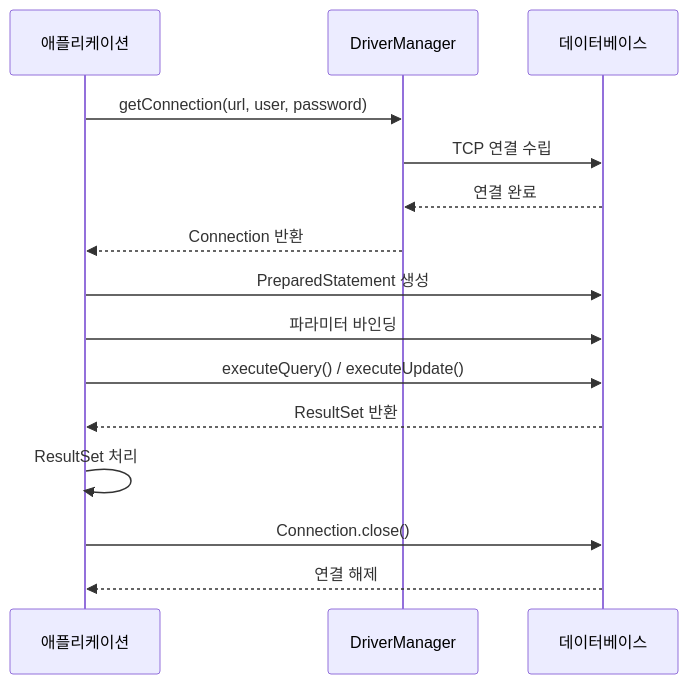
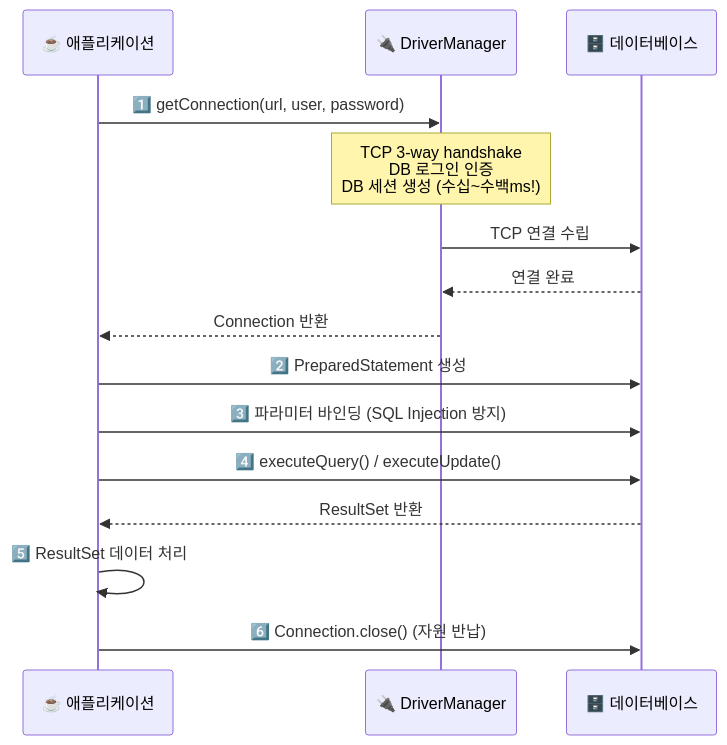
The first of 11 diagrams in _posts/spring/2026-05-02-spring-db-1.md (yjkim2015/yjkim2015.github.io), drawn with Mermaid before and after one commit. The commit also changed other lines of this file and 32 other files, not shown here.

````diff
--- a/_posts/spring/2026-05-02-spring-db-1.md
+++ b/_posts/spring/2026-05-02-spring-db-1.md
@@ -20,20 +26,20 @@
 ```mermaid
 sequenceDiagram
-    participant App as 애플리케이션
-    participant DM as DriverManager
-    participant DB as 데이터베이스
+    participant App as ☕ 애플리케이션
+    participant DM as 🔌 DriverManager
+    participant DB as 🗄️ 데이터베이스
 
-    App->>DM: getConnection(url, user, password)
+    App->>DM: 1️⃣ getConnection(url, user, password)
+    Note over DM: TCP 3-way handshake<br/>DB 로그인 인증<br/>DB 세션 생성 (수십~수백ms!)
     DM->>DB: TCP 연결 수립
     DB-->>DM: 연결 완료
     DM-->>App: Connection 반환
 
-    App->>DB: PreparedStatement 생성
-    App->>DB: 파라미터 바인딩
-    App->>DB: executeQuery() / executeUpdate()
+    App->>DB: 2️⃣ PreparedStatement 생성
+    App->>DB: 3️⃣ 파라미터 바인딩 (SQL Injection 방지)
+    App->>DB: 4️⃣ executeQuery() / executeUpdate()
     DB-->>App: ResultSet 반환
 
-    App->>App: ResultSet 처리
-    App->>DB: Connection.close()
-    DB-->>App: 연결 해제
+    App->>App: 5️⃣ ResultSet 데이터 처리
+    App->>DB: 6️⃣ Connection.close() (자원 반납)
 ```
````
